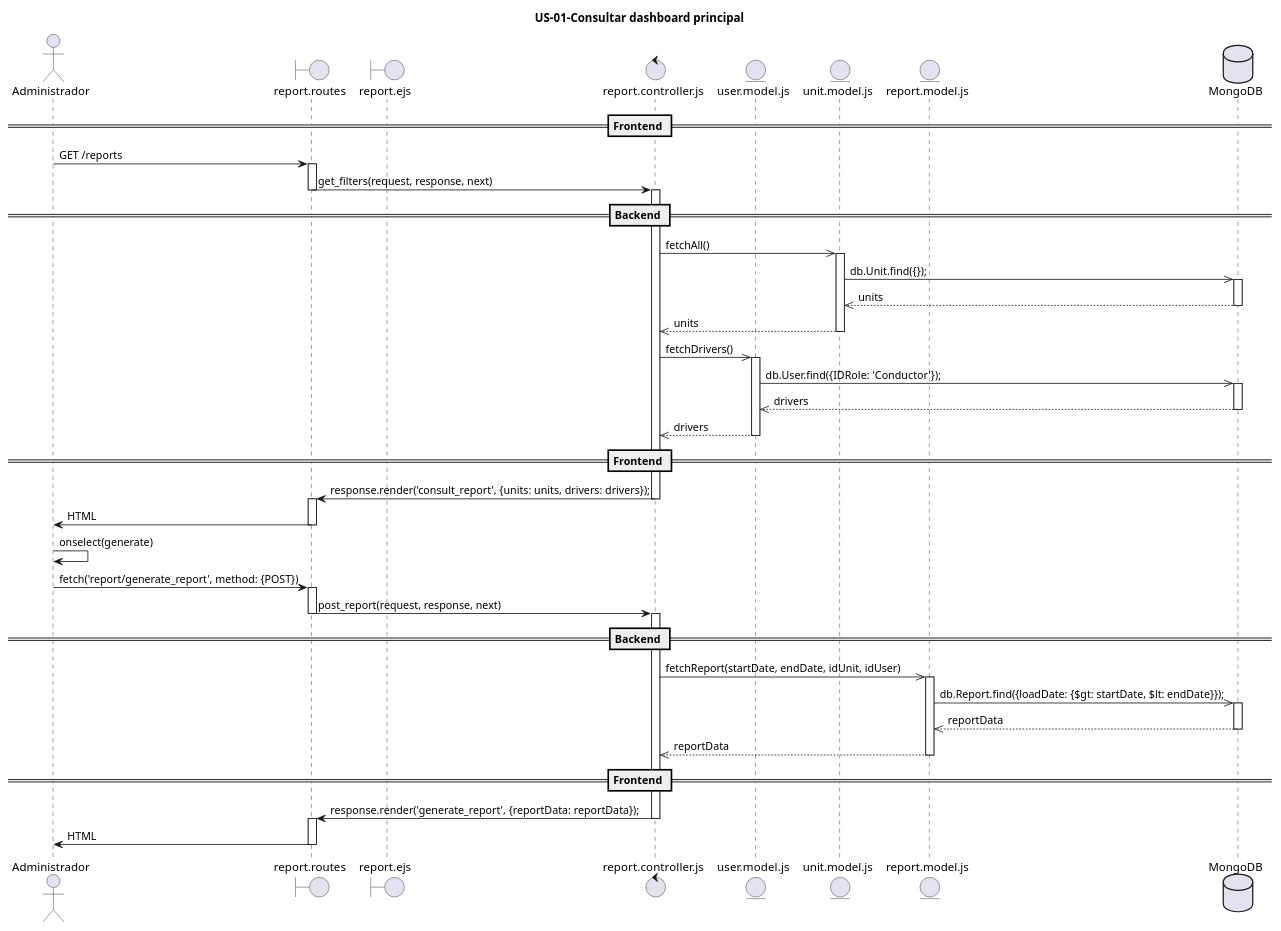
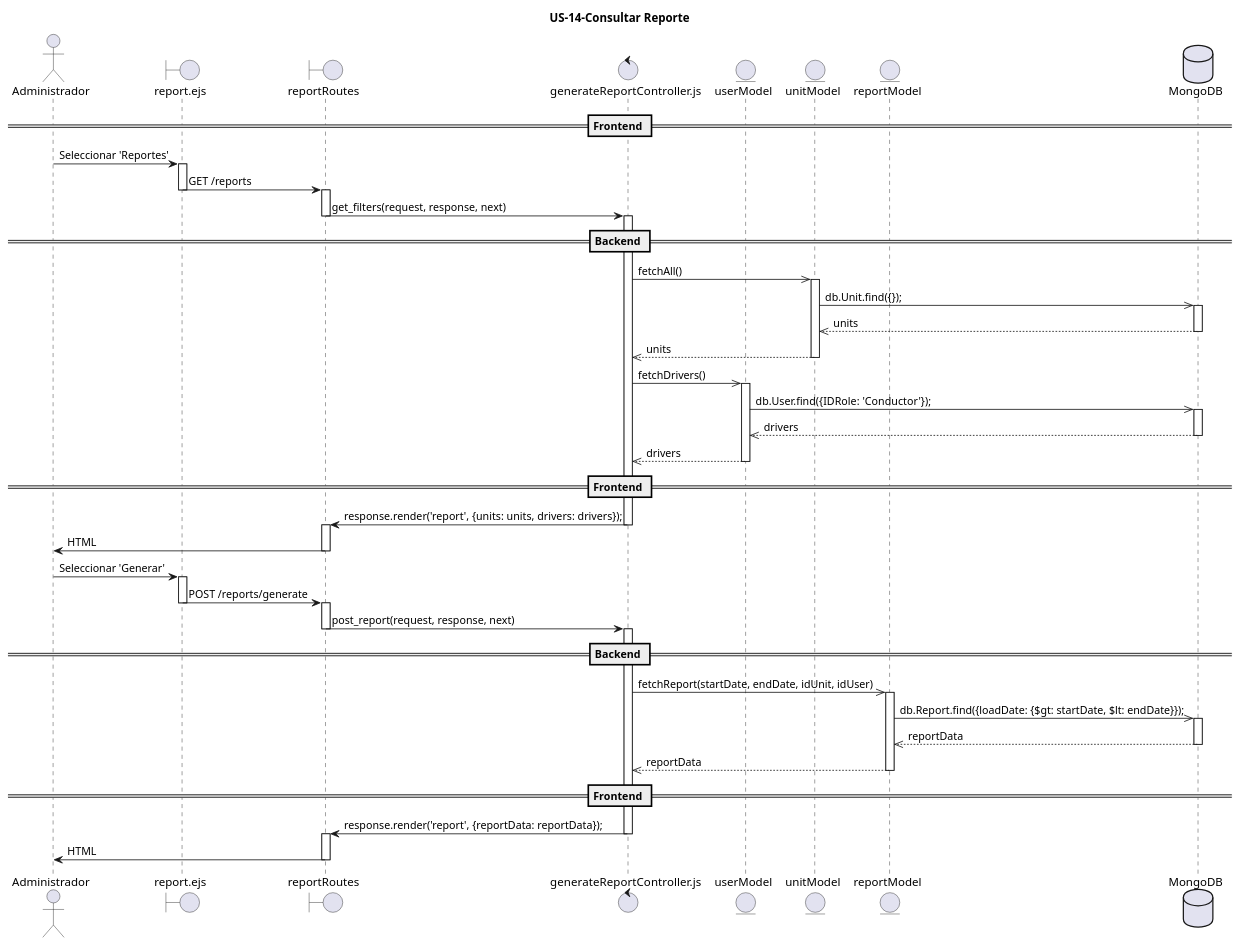
The diagram in MVP/US-14-consultarReporte/US-14-consultarReporte.puml (PIX3L-IT/dieselflow-dise-o), drawn with PlantUML before and after one commit. The commit also changed 2 other files, not shown here.

```diff
--- a/MVP/US-14-consultarReporte/US-14-consultarReporte.puml
+++ b/MVP/US-14-consultarReporte/US-14-consultarReporte.puml
@@ -1,74 +1,79 @@
 @startuml US-14-consultarReporte
-title US-01-Consultar dashboard principal
+title US-14-Consultar Reporte
 
 actor Administrador
 
-boundary "report.routes" as routes
 boundary "report.ejs" as view
-control "report.controller.js" as controller
-entity "user.model.js" as model_user
-entity "unit.model.js" as model_unit
-entity "report.model.js" as model_report
+boundary "reportRoutes" as routes
+control "generateReportController.js" as controller
+entity "userModel" as model_user
+entity "unitModel" as model_unit
+entity "reportModel" as model_report
 database "MongoDB" as db
 
 == Frontend ==
-Administrador -> routes: GET /reports
+Administrador -> view: Seleccionar 'Reportes'
+activate view
+view -> routes: GET /reports
+deactivate view
 activate routes
 
 routes -> controller: get_filters(request, response, next)
 deactivate routes
 
 == Backend ==
 activate controller
 controller ->> model_unit: fetchAll()
 activate model_unit
 model_unit ->> db: db.Unit.find({});
 activate db
 db -->> model_unit: units
 deactivate db
 model_unit -->> controller: units
 deactivate model_unit
 
 controller ->> model_user: fetchDrivers()
 activate model_user
 model_user ->> db: db.User.find({IDRole: 'Conductor'});
 activate db
 db -->> model_user: drivers
 deactivate db
 model_user -->> controller: drivers
 deactivate model_user
 
 == Frontend ==
-controller -> routes: response.render('consult_report', {units: units, drivers: drivers});
+controller -> routes: response.render('report', {units: units, drivers: drivers});
 deactivate controller
 
 activate routes
 routes -> Administrador: HTML
 deactivate routes
 
-Administrador  -> Administrador: onselect(generate)
+Administrador  -> view: Seleccionar 'Generar'
+activate view
 
-Administrador -> routes: fetch('report/generate_report', method: {POST})
+view -> routes: POST /reports/generate
+deactivate view
 activate routes
 
 routes -> controller: post_report(request, response, next)
 deactivate routes
 
 == Backend ==
 activate controller
 controller ->> model_report: fetchReport(startDate, endDate, idUnit, idUser)
 activate model_report
 model_report ->> db: db.Report.find({loadDate: {$gt: startDate, $lt: endDate}});
 activate db
 db -->> model_report: reportData
 deactivate db
 model_report -->> controller: reportData
 deactivate model_report
 
 == Frontend ==
-controller -> routes: response.render('generate_report', {reportData: reportData});
+controller -> routes: response.render('report', {reportData: reportData});
 deactivate controller
 activate routes
 routes -> Administrador: HTML
 deactivate routes
 @enduml
```
